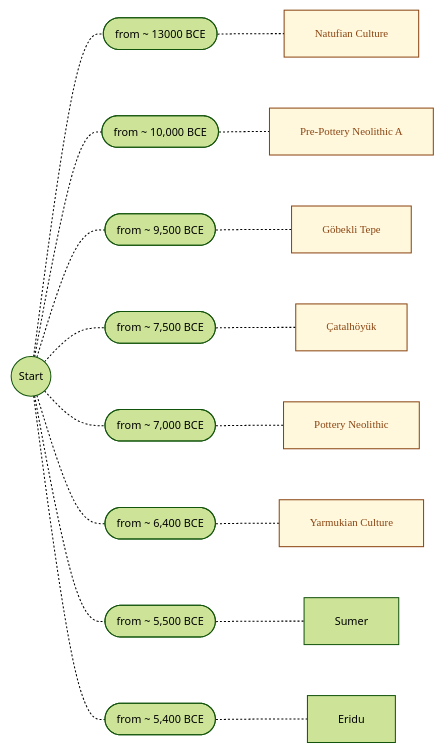
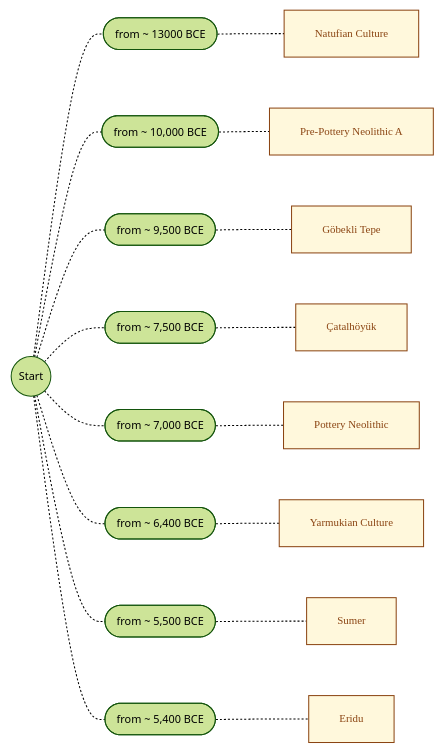
Before and after one commit to joe-dorward/samples: the diagram in 0000_General/timeline_v1.01.md, drawn with Mermaid.

````diff
--- a/0000_General/timeline_v1.01.md
+++ b/0000_General/timeline_v1.01.md
@@ -1,54 +1,54 @@
 ```mermaid
 %%{init: { 'theme':'forest', 'themeVariables': { 'fontSize':'8pt' } }}%%
 flowchart LR
 classDef Note fill:cornsilk, stroke:saddlebrown, color:saddlebrown, font-family:verdana, text-align:left, line-height:150%, margin:0px, padding:0px;
 classDef Note_b fill:cornsilk, stroke:saddlebrown, color:saddlebrown, font-family:verdana, text-align:left, margin:0px, padding:0px, height:40px;
       START(("Start"))
 
       13000([from ~ 13000 BCE])
       NATUFIAN[Natufian Culture]
       click NATUFIAN "https://en.wikipedia.org/wiki/Natufian_culture" _blank
 
       10000([from ~ 10,000 BCE])
       PRE_POTTERY_NEOLITHIC_A[Pre-Pottery Neolithic A]
       click PRE_POTTERY_NEOLITHIC_A "https://en.wikipedia.org/wiki/Pre-Pottery_Neolithic_A" _blank
 
       9500([from ~ 9,500 BCE])
       GOBEKLI_TEPE[Göbekli Tepe]
       click GOBEKLI_TEPE "https://en.wikipedia.org/wiki/Göbekli_Tepe" _blank
 
       7500([from ~ 7,500 BCE])
       CATALHOYUK[Çatalhöyük]
       click CATALHOYUK "https://en.wikipedia.org/wiki/Çatalhöyük" _blank
 
       7000([from ~ 7,000 BCE])
       POTTERY_NEOLITHIC[Pottery Neolithic]
 
       6400([from ~ 6,400 BCE])
       YARNUKIAN[Yarmukian Culture]
       click YARNUKIAN "https://en.wikipedia.org/wiki/Yarmukian_culture" _blank
 
       5500([from ~ 5,500 BCE])
       SUMER[Sumer]
       click SUMER "https://en.wikipedia.org/wiki/Sumer" _blank
 
       5400([from ~ 5,400 BCE])
       ERIDU[Eridu]
       click ERIDU "https://en.wikipedia.org/wiki/Eridu" _blank
 
 
 
-      class NATUFIAN,PRE_POTTERY_NEOLITHIC_A,GOBEKLI_TEPE,CATALHOYUK,POTTERY_NEOLITHIC,YARNUKIAN Note;
+      class NATUFIAN,PRE_POTTERY_NEOLITHIC_A,GOBEKLI_TEPE,CATALHOYUK,POTTERY_NEOLITHIC,YARNUKIAN,SUMER,ERIDU Note;
 
       %% ========== ========== ========== ========== ==========
       START-.-13000-.-NATUFIAN
       START-.-10000-.-PRE_POTTERY_NEOLITHIC_A
       START-.-9500-.-GOBEKLI_TEPE
       START-.-7500-.-CATALHOYUK
       START-.-7000-.-POTTERY_NEOLITHIC
       START-.-6400-.-YARNUKIAN
       START-.-5500-.-SUMER
       START-.-5400-.-ERIDU
      
       
 ```
````
